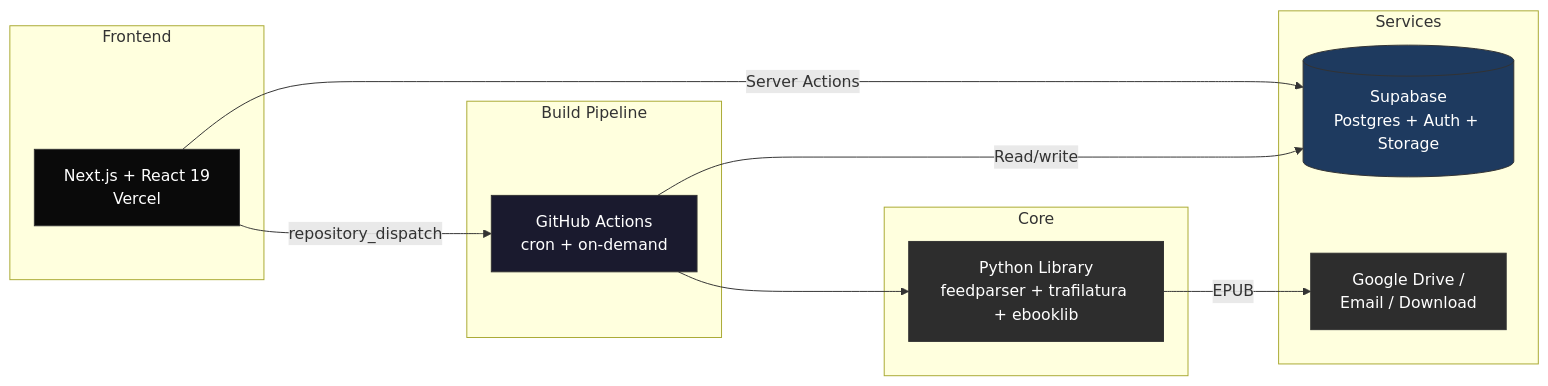
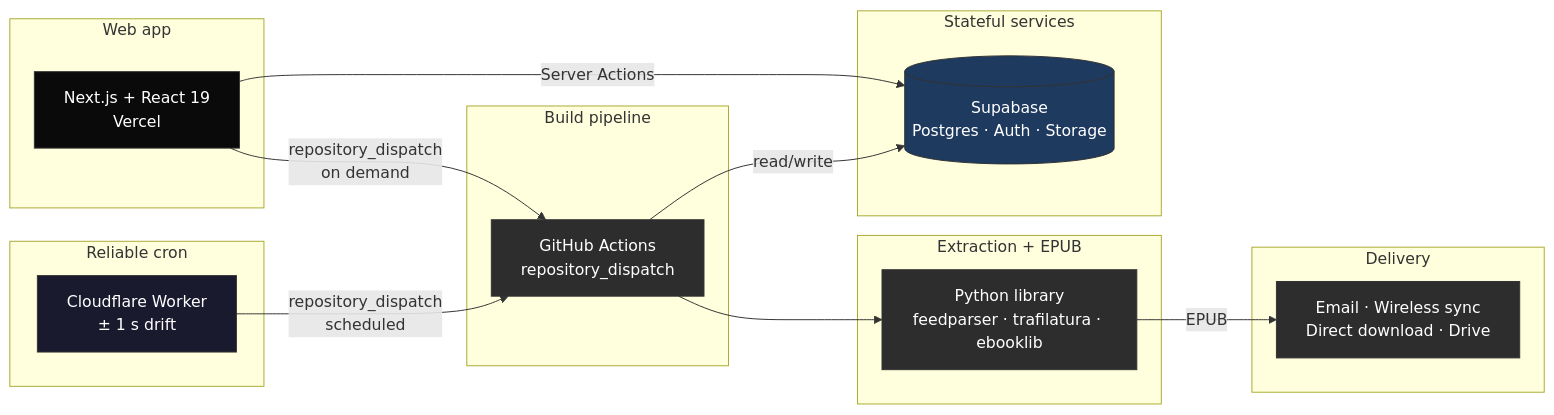
One commit to luclacombe/paper-boy-news changed the diagram in README.md. Above: the diagram before and after it, drawn with Mermaid. The commit also changed other lines of this file and 3 other files, not shown here.

````diff
--- a/README.md
+++ b/README.md
@@ -31,31 +31,40 @@
 ```mermaid
 graph LR
-    subgraph Frontend
+    subgraph Frontend["Web app"]
         A[Next.js + React 19<br/>Vercel]
     end
 
-    subgraph Build Pipeline
-        B[GitHub Actions<br/>cron + on-demand]
+    subgraph Triggers["Reliable cron"]
+        B[Cloudflare Worker<br/>± 1 s drift]
     end
 
-    subgraph Core
-        C[Python Library<br/>feedparser + trafilatura + ebooklib]
+    subgraph Builds["Build pipeline"]
+        C[GitHub Actions<br/>repository_dispatch]
     end
 
-    subgraph Services
-        D[(Supabase<br/>Postgres + Auth + Storage)]
-        E[Google Drive /<br/>Email / Download]
+    subgraph Core["Extraction + EPUB"]
+        D[Python library<br/>feedparser · trafilatura · ebooklib]
     end
 
-    A -->|Server Actions| D
-    A -->|repository_dispatch| B
-    B --> C
-    B -->|Read/write| D
-    C -->|EPUB| E
+    subgraph Data["Stateful services"]
+        E[(Supabase<br/>Postgres · Auth · Storage)]
+    end
+
+    subgraph Delivery["Delivery"]
+        F[Email · Wireless sync<br/>Direct download · Drive]
+    end
+
+    A -->|Server Actions| E
+    A -->|repository_dispatch<br/>on demand| C
+    B -->|repository_dispatch<br/>scheduled| C
+    C --> D
+    C -->|read/write| E
+    D -->|EPUB| F
 
     style A fill:#0a0a0a,stroke:#333,color:#fff
     style B fill:#1a1a2e,stroke:#333,color:#fff
     style C fill:#2d2d2d,stroke:#333,color:#fff
-    style D fill:#1e3a5f,stroke:#333,color:#fff
-    style E fill:#2d2d2d,stroke:#333,color:#fff
+    style D fill:#2d2d2d,stroke:#333,color:#fff
+    style E fill:#1e3a5f,stroke:#333,color:#fff
+    style F fill:#2d2d2d,stroke:#333,color:#fff
 ```
````
